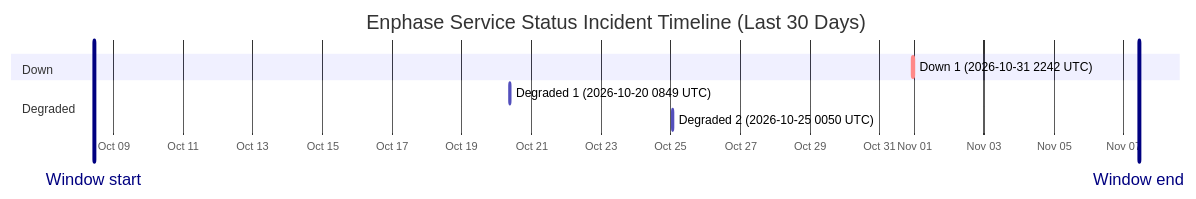
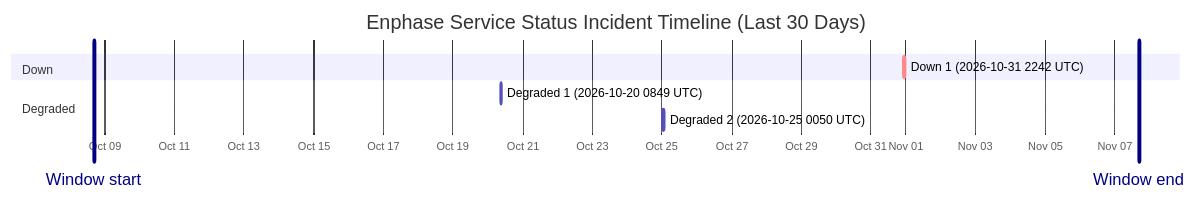
Before and after one commit to barneyonline/ha-enphase-energy: the diagram in wiki/Service-Status-History.md, drawn with Mermaid. The commit also changed other lines of this file and 3 other files, not shown here.

````diff
--- a/wiki/Service-Status-History.md
+++ b/wiki/Service-Status-History.md
@@ -14,13 +14,13 @@
 ```mermaid
 gantt
     title Enphase Service Status Incident Timeline (Last 30 Days)
     dateFormat  YYYY-MM-DDTHH:mm:ss
     axisFormat  %b %d
-    Window start :vert, window-start, 2026-10-08T10:33:06, 0ms
-    Window end :vert, window-end, 2026-11-07T10:33:06, 0ms
+    Window start :vert, window-start, 2026-10-08T16:44:02, 0ms
+    Window end :vert, window-end, 2026-11-07T16:44:02, 0ms
     section Down
     Down 1 (2026-10-31 2242 UTC) :crit, down-1, 2026-10-31T22:42:18, 60m
     section Degraded
     Degraded 1 (2026-10-20 0849 UTC) :active, degraded-1, 2026-10-20T08:49:49, 60m
     Degraded 2 (2026-10-25 0050 UTC) :active, degraded-2, 2026-10-25T00:50:01, 60m
 ```
````
